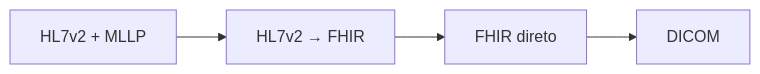
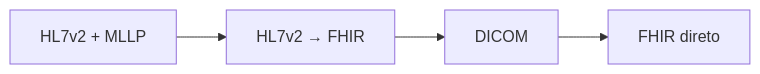
Before and after one commit to fernandocerqueira1990-cloud/healthcare-interoperability-labs: the diagram in docs/roadmap.md, drawn with Mermaid. The commit also changed other lines of this file and 10 other files, not shown here.

````diff
--- a/docs/roadmap.md
+++ b/docs/roadmap.md
@@ -5,6 +5,6 @@
 ```mermaid
 flowchart LR
     A["HL7v2 + MLLP"] --> B["HL7v2 → FHIR"]
-    B --> C["FHIR direto"]
-    C --> D["DICOM"]
+    B --> C["DICOM"]
+    C --> D["FHIR direto"]
 ```
````
